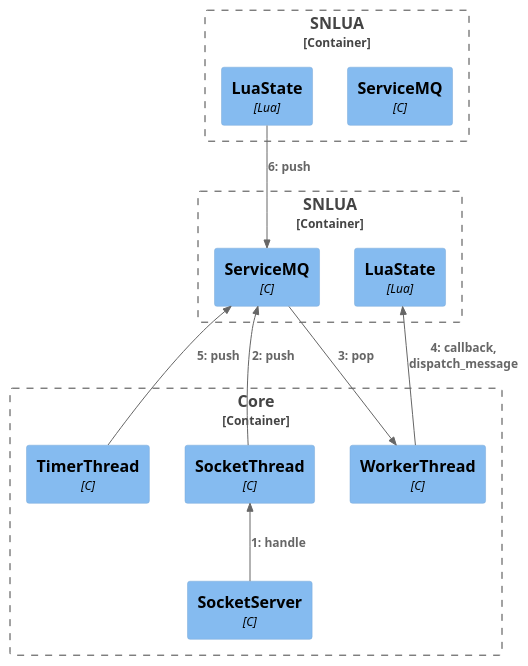
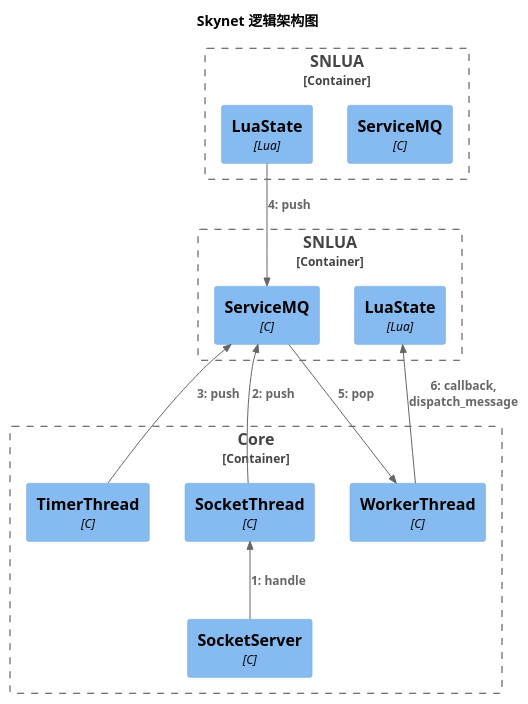
One commit to Gowa2017/skynetgame changed the diagram in docs/skynetarch.puml. Above: the diagram before and after it, drawn with PlantUML.

Commit message:
update skyent arch

```diff
--- a/docs/skynetarch.puml
+++ b/docs/skynetarch.puml
@@ -1,29 +1,30 @@
 @startuml Skynet
 !include C4_Component.puml
 !include C4_Dynamic.puml
+title Skynet 逻辑架构图
 HIDE_STEREOTYPE()
 Container_Boundary(core, "Core"){
   Component(worker, "WorkerThread", "C",)
   Component(timer, "TimerThread", "C")
   Component(socket, "SocketThread", "C")
   Component(ss, "SocketServer", "C")
 
 }
 
 Container_Boundary(snlua1, "SNLUA"){
     Component(service1mq, "ServiceMQ", "C")
     Component(service1lua, "LuaState", "Lua")
 }
 Container_Boundary(snlua2, "SNLUA"){
     Component(service2mq, "ServiceMQ", "C")
     Component(service2lua, "LuaState", "Lua")
 }
 
 
 Rel_U(ss, socket, "handle")
 Rel_U(socket, service1mq, "push")
+Rel_R(timer, service1mq, "push")
+Rel(service2lua, service1mq,"push")
 Rel_D(service1mq, worker, "pop")
 Rel_U(worker, service1lua, "callback, dispatch_message")
-Rel_R(timer, service1mq, "push")
-Rel(service2lua, service1mq,"push")
 @enduml
```
